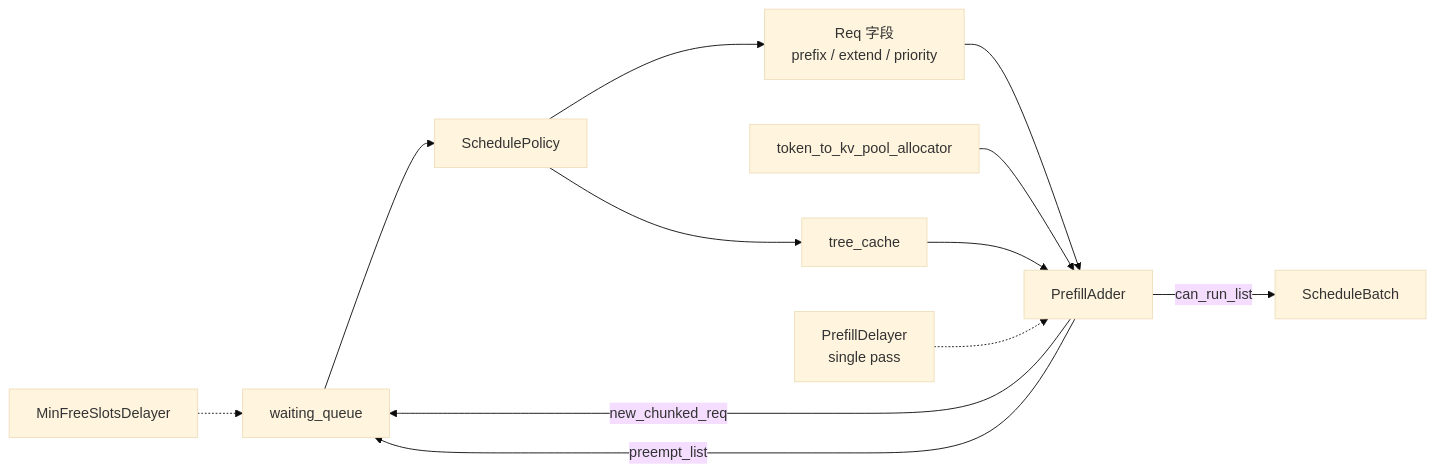
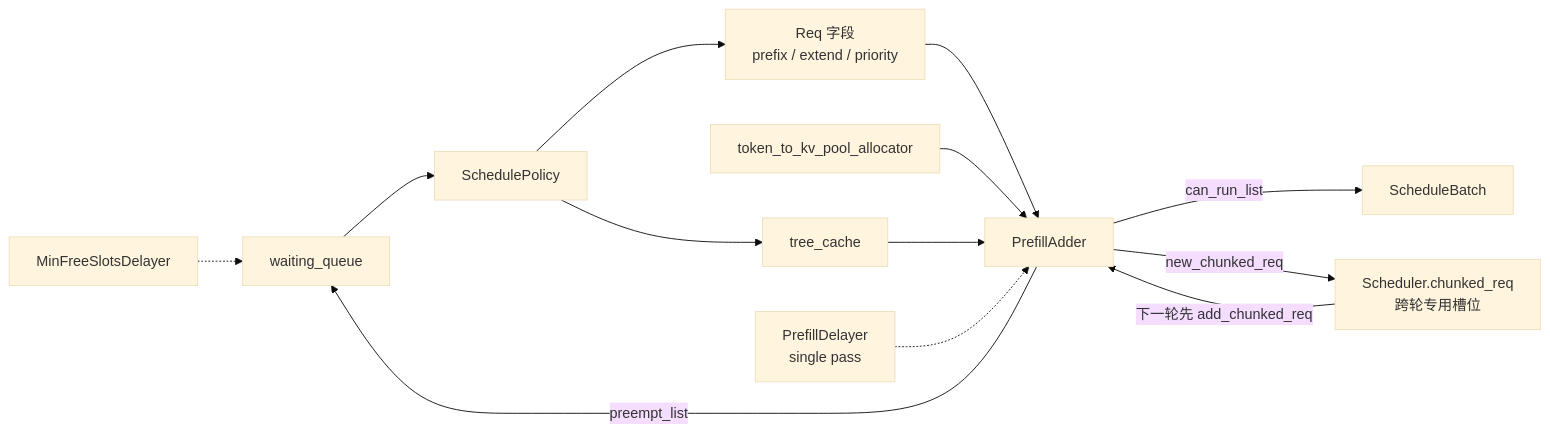
Before and after one commit to OnlyHero5/sglang-reading-vault: the diagram in sglang_reading/请求调度/SchedulePolicy/SGLang-SchedulePolicy-数据流.md, drawn with Mermaid (base theme). The commit also changed other lines of this file and 512 other files, not shown here.

````diff
--- a/sglang_reading/请求调度/SchedulePolicy/SGLang-SchedulePolicy-数据流.md
+++ b/sglang_reading/请求调度/SchedulePolicy/SGLang-SchedulePolicy-数据流.md
@@ -35,24 +35,26 @@
 ```mermaid
 flowchart LR
  WQ["waiting_queue"]
  REQ["Req 字段<br/>prefix / extend / priority"]
  SP["SchedulePolicy"]
  PA["PrefillAdder"]
  PD["PrefillDelayer<br/>single pass"]
  MF["MinFreeSlotsDelayer"]
  TC["tree_cache"]
  KV["token_to_kv_pool_allocator"]
  SB["ScheduleBatch"]
+ CR["Scheduler.chunked_req<br/>跨轮专用槽位"]
 
  WQ --> SP
  SP --> REQ
  SP --> TC
  MF -.-> WQ
  REQ --> PA
  KV --> PA
  TC --> PA
  PD -.-> PA
  PA -->|"can_run_list"| SB
- PA -->|"new_chunked_req"| WQ
+ PA -->|"new_chunked_req"| CR
+ CR -->|"下一轮先 add_chunked_req"| PA
  PA -->|"preempt_list"| WQ
 ```
````
